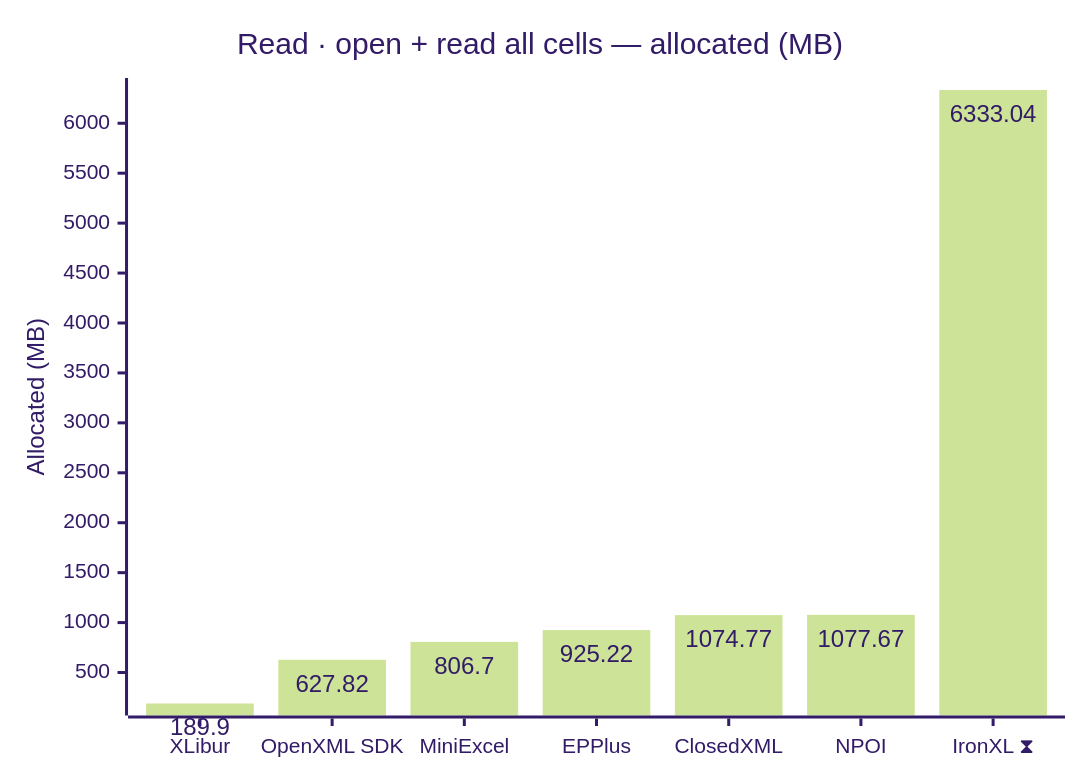
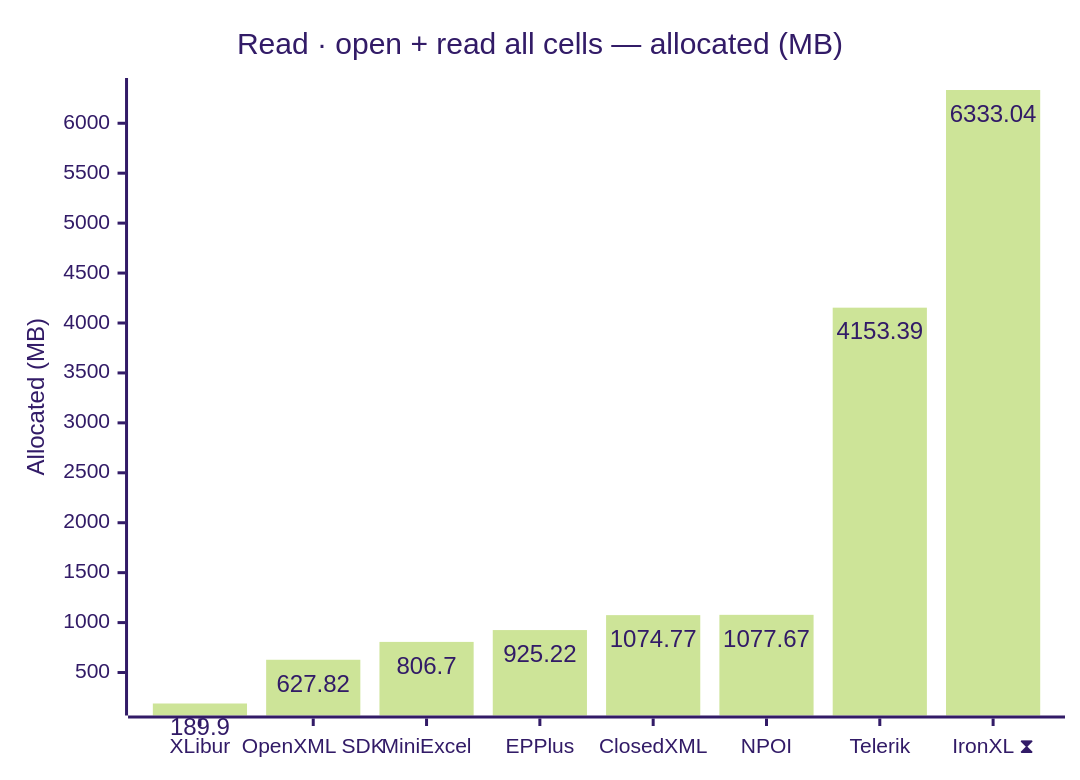
Before and after one commit to jafin/XLBench: the fourth of 12 diagrams in docs/results.md, drawn with Mermaid (forest theme). The commit also changed other lines of this file and 3 other files, not shown here.

````diff
--- a/docs/results.md
+++ b/docs/results.md
@@ -78,12 +79,12 @@
 ```mermaid
 ---
 config:
   xyChart:
     showDataLabel: true
 ---
 xychart-beta
     title "Read · open + read all cells — allocated (MB)"
-    x-axis ["XLibur", "OpenXML SDK", "MiniExcel", "EPPlus", "ClosedXML", "NPOI", "IronXL ⧗"]
+    x-axis ["XLibur", "OpenXML SDK", "MiniExcel", "EPPlus", "ClosedXML", "NPOI", "Telerik", "IronXL ⧗"]
     y-axis "Allocated (MB)"
-    bar [189.9, 627.82, 806.7, 925.22, 1074.77, 1077.67, 6333.04]
+    bar [189.9, 627.82, 806.7, 925.22, 1074.77, 1077.67, 4153.39, 6333.04]
 ```
````
